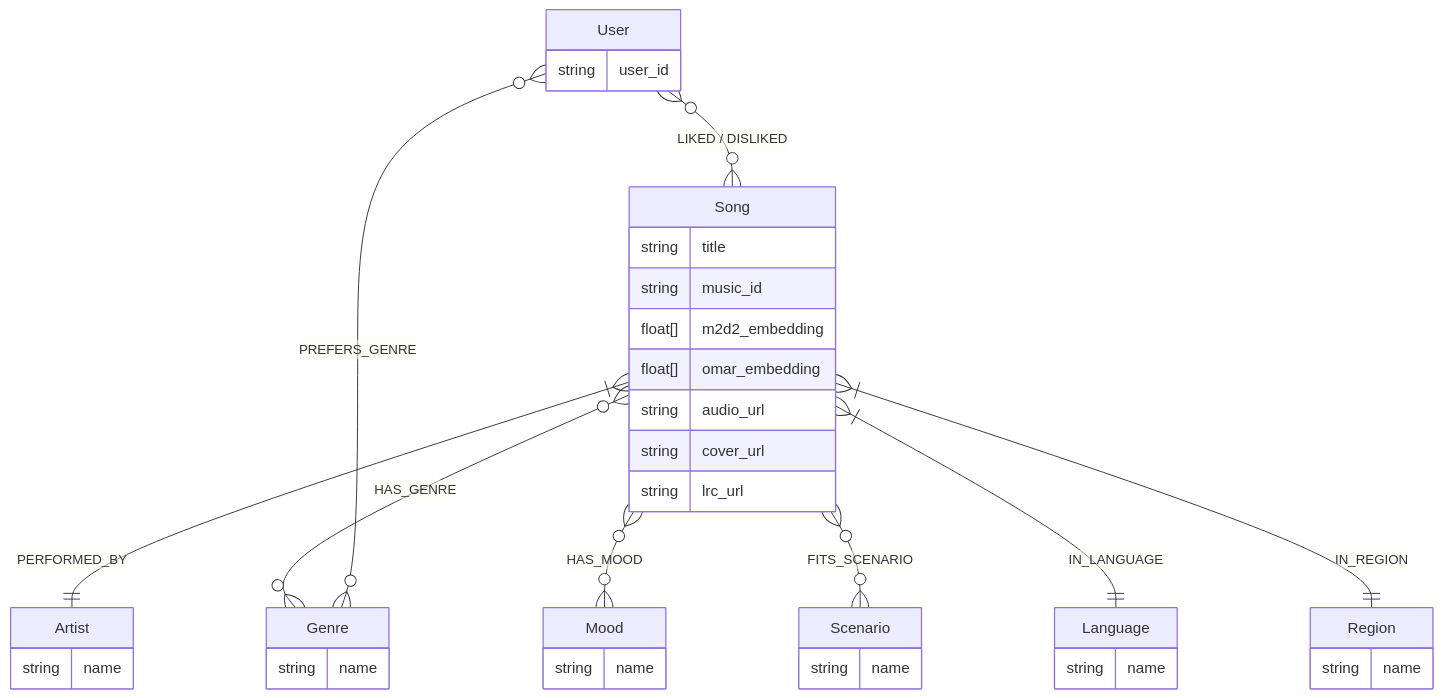
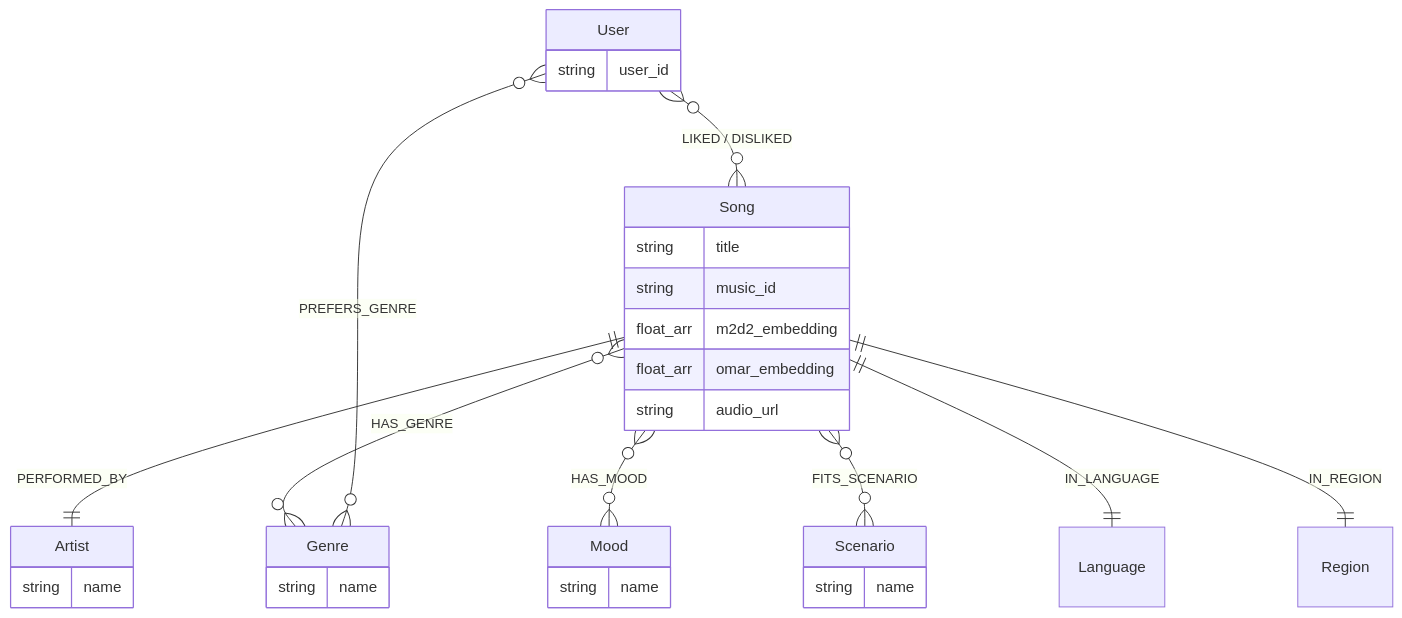
One commit to hgsanyang/SoulTuner-Agent changed the second of 2 diagrams in README.md. Above: the diagram before and after it, drawn with Mermaid. The commit also changed other lines of this file, not shown here.

````diff
--- a/README.md
+++ b/README.md
@@ -275,42 +205,24 @@
 ```mermaid
 erDiagram
+    Song ||--|| Artist : PERFORMED_BY
+    Song }o--o{ Genre : HAS_GENRE
+    Song }o--o{ Mood : HAS_MOOD
+    Song }o--o{ Scenario : FITS_SCENARIO
+    Song ||--|| Language : IN_LANGUAGE
+    Song ||--|| Region : IN_REGION
+    User }o--o{ Song : "LIKED / DISLIKED"
+    User }o--o{ Genre : PREFERS_GENRE
+
     Song {
         string title
         string music_id
-        float[] m2d2_embedding
-        float[] omar_embedding
+        float_arr m2d2_embedding
+        float_arr omar_embedding
         string audio_url
-        string cover_url
-        string lrc_url
     }
-    Artist {
-        string name
-    }
-    Genre {
-        string name
-    }
-    Mood {
-        string name
-    }
-    Scenario {
-        string name
-    }
-    Language {
-        string name
-    }
-    Region {
-        string name
-    }
-    User {
-        string user_id
-    }
-
-    Song }|--|| Artist : "PERFORMED_BY"
-    Song }o--o{ Genre : "HAS_GENRE"
-    Song }o--o{ Mood : "HAS_MOOD"
-    Song }o--o{ Scenario : "FITS_SCENARIO"
-    Song }|--|| Language : "IN_LANGUAGE"
-    Song }|--|| Region : "IN_REGION"
-    User }o--o{ Song : "LIKED / DISLIKED"
-    User }o--o{ Genre : "PREFERS_GENRE"
+    Artist { string name }
+    Genre { string name }
+    Mood { string name }
+    Scenario { string name }
+    User { string user_id }
 ```
````
